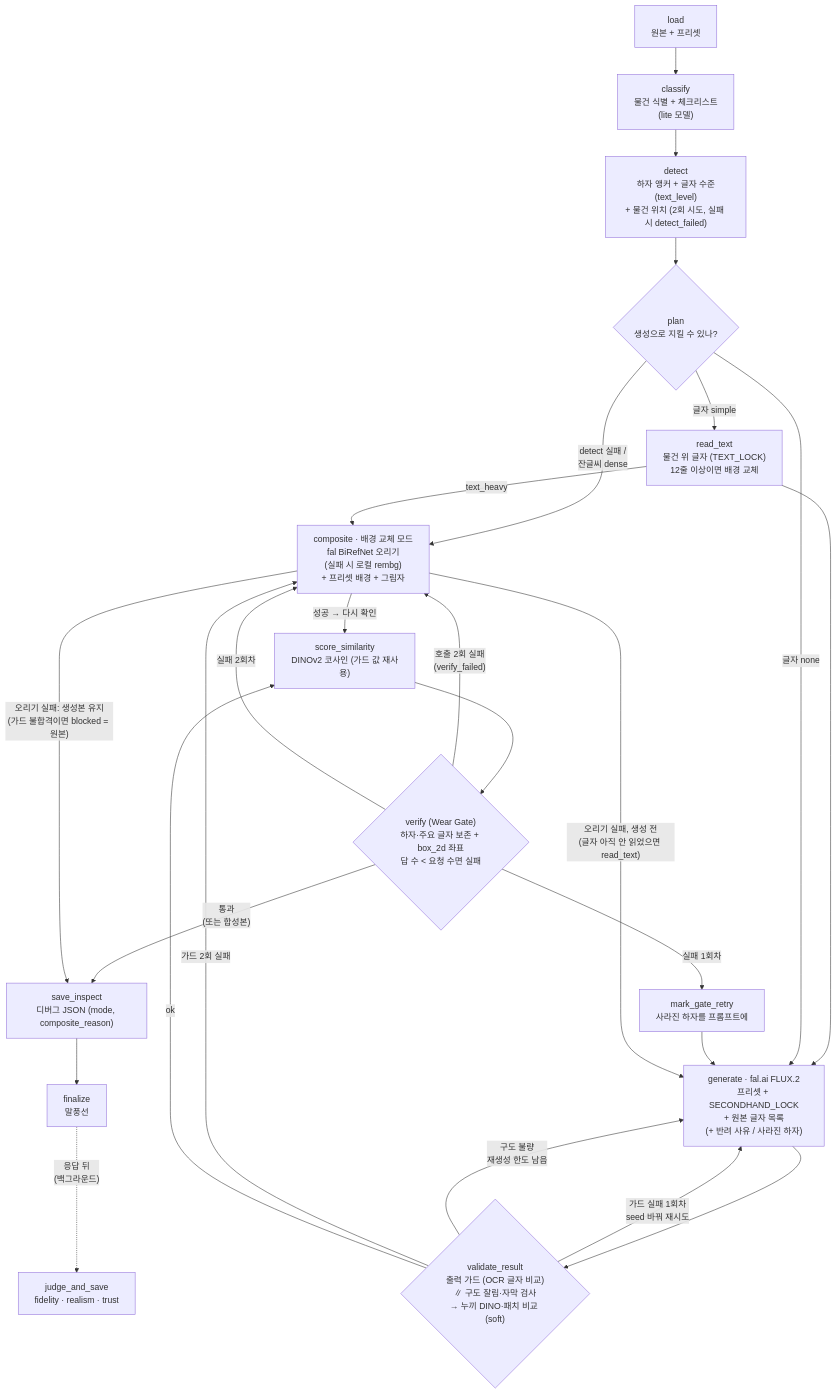
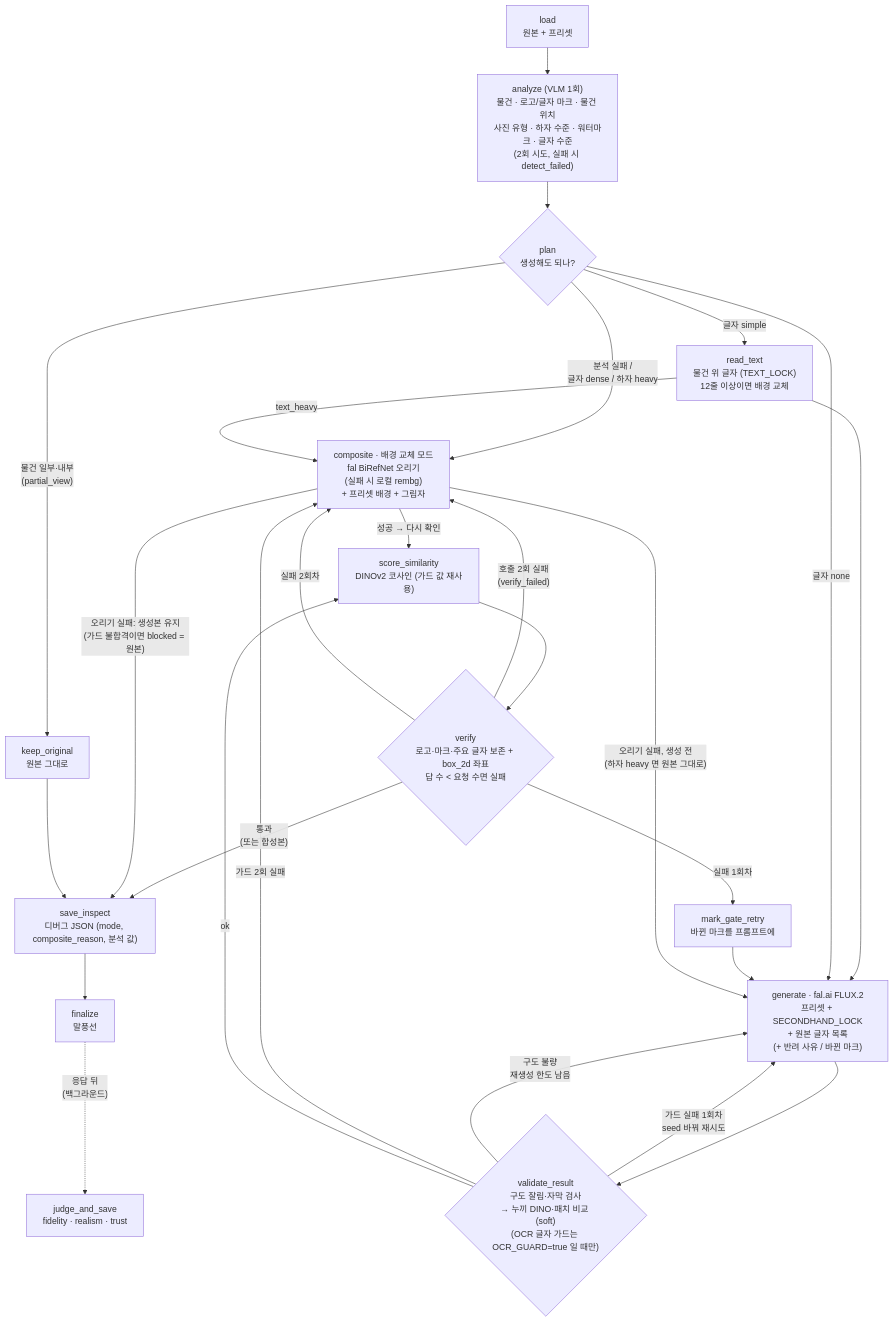
Before and after one commit to cha0620/Carret-App: the diagram in Readme.ko.md, drawn with Mermaid. The commit also changed other lines of this file and 35 other files, not shown here.

First line of the commit message:
feat: 첫 단계를 analyze 로 — 하자 앵커 제거, 사진 유형·하자 수준으로 생성 여부 결정, OCR 가드 끔

````diff
--- a/Readme.ko.md
+++ b/Readme.ko.md
@@ -32,27 +32,28 @@
 ```mermaid
 flowchart TD
-  L["load<br/>원본 + 프리셋"] --> C["classify<br/>물건 식별 + 체크리스트<br/>(lite 모델)"]
-  C --> D["detect<br/>하자 앵커 + 글자 수준(text_level)<br/>+ 물건 위치 (2회 시도, 실패 시 detect_failed)"]
-  D --> P{"plan<br/>생성으로 지킬 수 있나?"}
-  P -->|"detect 실패 /<br/>잔글씨 dense"| X
+  L["load<br/>원본 + 프리셋"] --> A["analyze (VLM 1회)<br/>물건 · 로고/글자 마크 · 물건 위치<br/>사진 유형 · 하자 수준 · 워터마크 · 글자 수준<br/>(2회 시도, 실패 시 detect_failed)"]
+  A --> P{"plan<br/>생성해도 되나?"}
+  P -->|"물건 일부·내부<br/>(partial_view)"| O["keep_original<br/>원본 그대로"]
+  P -->|"분석 실패 /<br/>글자 dense / 하자 heavy"| X
   P -->|"글자 simple"| T["read_text<br/>물건 위 글자 (TEXT_LOCK)<br/>12줄 이상이면 배경 교체"]
   T --> G
   T -->|text_heavy| X
-  P -->|"글자 none"| G["generate · fal.ai FLUX.2<br/>프리셋 + SECONDHAND_LOCK<br/>+ 원본 글자 목록<br/>(+ 반려 사유 / 사라진 하자)"]
-  G --> V{"validate_result<br/>출력 가드 (OCR 글자 비교)<br/>∥ 구도 잘림·자막 검사<br/>→ 누끼 DINO·패치 비교 (soft)"}
+  P -->|"글자 none"| G["generate · fal.ai FLUX.2<br/>프리셋 + SECONDHAND_LOCK<br/>+ 원본 글자 목록<br/>(+ 반려 사유 / 바뀐 마크)"]
+  G --> V{"validate_result<br/>구도 잘림·자막 검사<br/>→ 누끼 DINO·패치 비교 (soft)<br/>(OCR 글자 가드는 OCR_GUARD=true 일 때만)"}
   V -->|"가드 실패 1회차<br/>seed 바꿔 재시도"| G
   V -->|"구도 불량<br/>재생성 한도 남음"| G
   V -->|"가드 2회 실패"| X
   V -->|ok| S["score_similarity<br/>DINOv2 코사인 (가드 값 재사용)"]
-  S --> VR{"verify (Wear Gate)<br/>하자·주요 글자 보존 + box_2d 좌표<br/>답 수 &lt; 요청 수면 실패"}
+  S --> VR{"verify<br/>로고·마크·주요 글자 보존 + box_2d 좌표<br/>답 수 &lt; 요청 수면 실패"}
   VR -->|"통과<br/>(또는 합성본)"| I
-  VR -->|"실패 1회차"| R["mark_gate_retry<br/>사라진 하자를 프롬프트에"]
+  VR -->|"실패 1회차"| R["mark_gate_retry<br/>바뀐 마크를 프롬프트에"]
   R --> G
   VR -->|"호출 2회 실패<br/>(verify_failed)"| X
   VR -->|"실패 2회차"| X["composite · 배경 교체 모드<br/>fal BiRefNet 오리기<br/>(실패 시 로컬 rembg)<br/>+ 프리셋 배경 + 그림자"]
   X -->|"성공 → 다시 확인"| S
-  X -->|"오리기 실패, 생성 전<br/>(글자 아직 안 읽었으면 read_text)"| G
+  X -->|"오리기 실패, 생성 전<br/>(하자 heavy 면 원본 그대로)"| G
   X -->|"오리기 실패: 생성본 유지<br/>(가드 불합격이면 blocked = 원본)"| I
-  I["save_inspect<br/>디버그 JSON (mode, composite_reason)"] --> F["finalize<br/>말풍선"]
+  O --> I
+  I["save_inspect<br/>디버그 JSON (mode, composite_reason, 분석 값)"] --> F["finalize<br/>말풍선"]
   F -.->|"응답 뒤<br/>(백그라운드)"| J["judge_and_save<br/>fidelity · realism · trust"]
 ```
````
